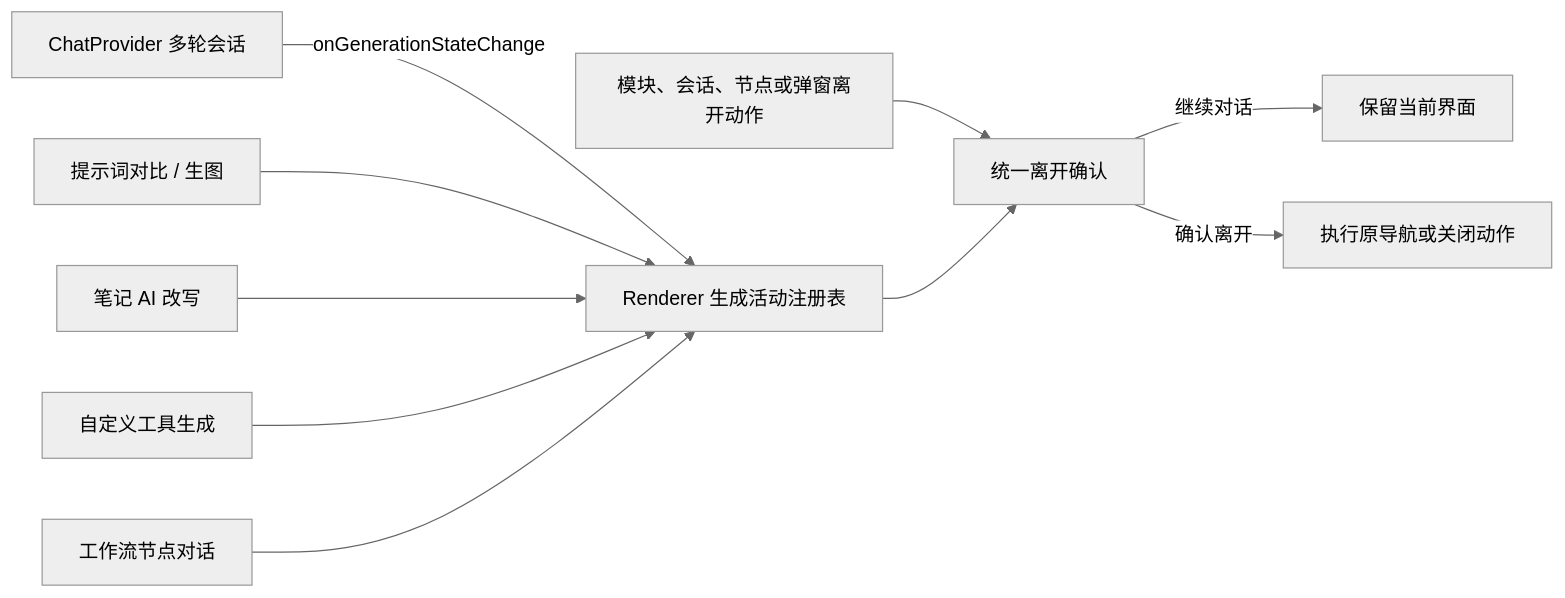
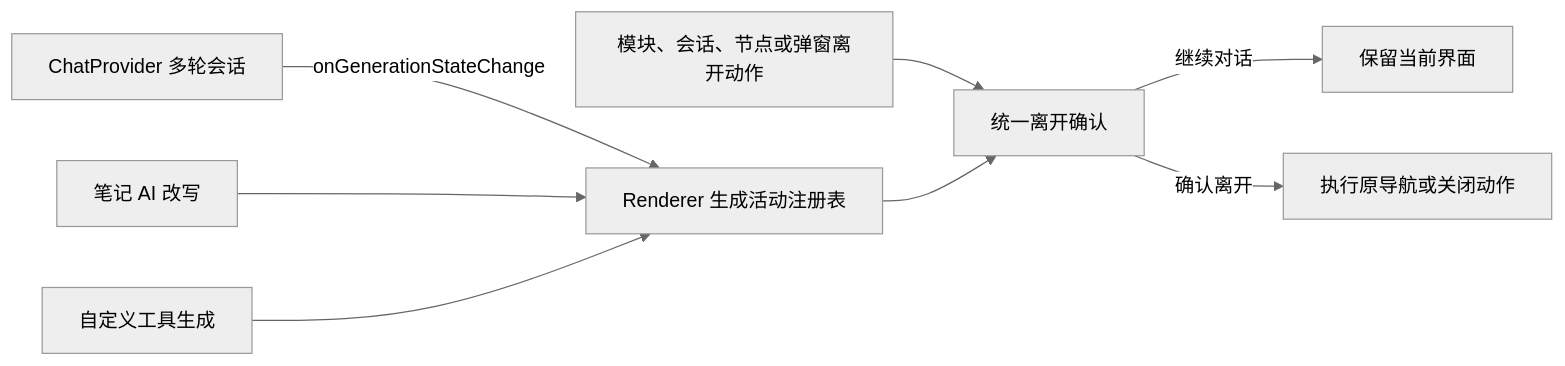
The fifth of 8 diagrams in docs/architecture/system-overview.md (zhangxinggang/momo-ai), drawn with Mermaid (neutral theme) before and after one commit. The commit also changed other lines of this file and 777 other files, not shown here.

````diff
--- a/docs/architecture/system-overview.md
+++ b/docs/architecture/system-overview.md
@@ -132,12 +225,10 @@
 ```mermaid
 flowchart LR
   ChatProvider[ChatProvider 多轮会话] -->|onGenerationStateChange| Activity[Renderer 生成活动注册表]
-  PromptCompare[提示词对比 / 生图] --> Activity
   NoteComposer[笔记 AI 改写] --> Activity
   ToolComposer[自定义工具生成] --> Activity
-  WorkflowChat[工作流节点对话] --> Activity
   Navigation[模块、会话、节点或弹窗离开动作] --> Guard[统一离开确认]
   Activity --> Guard
   Guard -->|继续对话| Stay[保留当前界面]
   Guard -->|确认离开| Leave[执行原导航或关闭动作]
 ```
````
